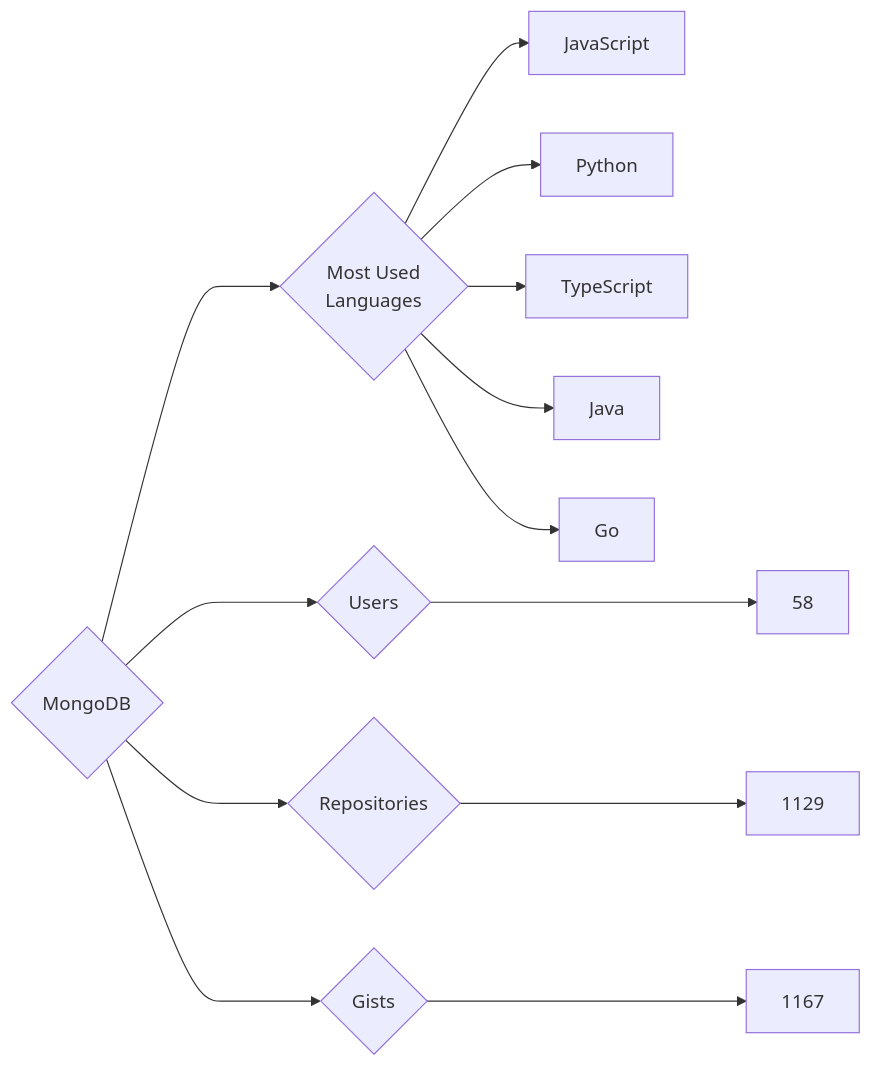
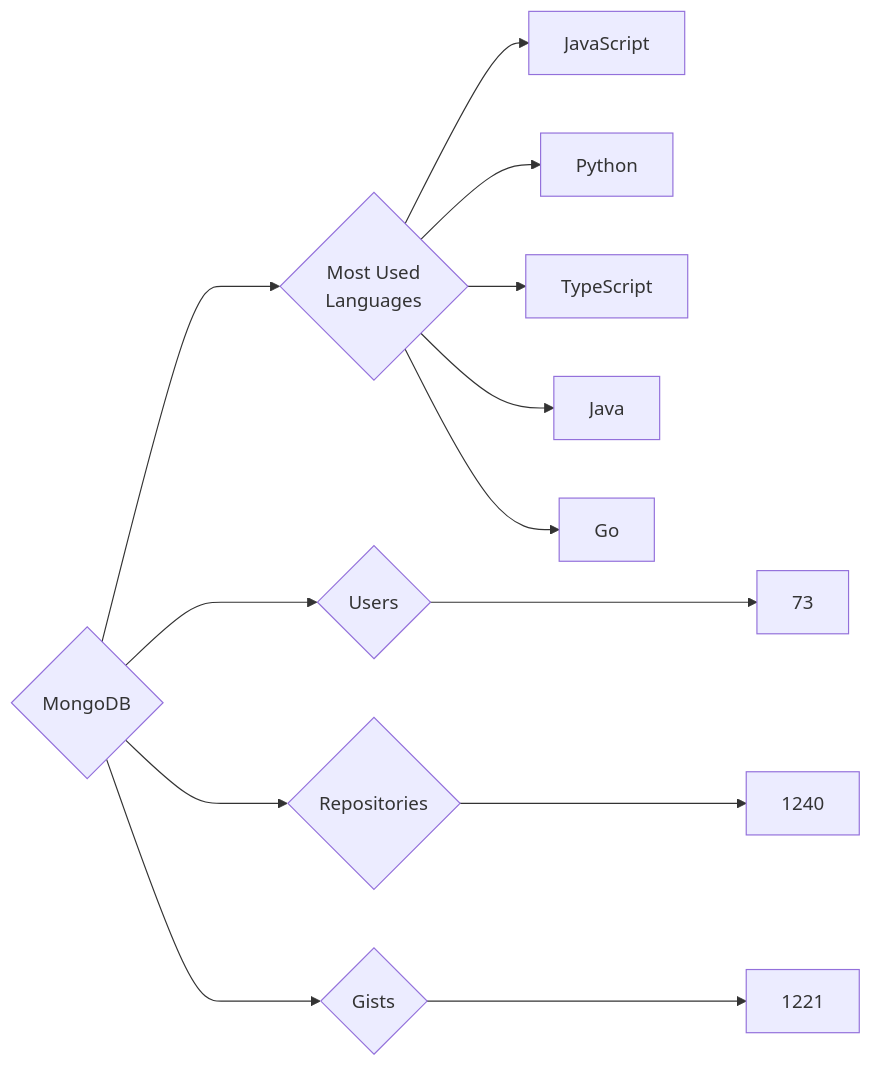
Before and after one commit to trickest/insiders: the diagram in targets/MongoDB/README.md, drawn with Mermaid. The commit also changed 948 other files, not shown here.

````diff
--- a/targets/MongoDB/README.md
+++ b/targets/MongoDB/README.md
@@ -3,13 +3,13 @@
 ```mermaid
 graph LR
 COMPANY_NAME{MongoDB}
-COMPANY_NAME ---> U{Users} ---> UN[58]
-COMPANY_NAME ---> R{Repositories} ---> RN[1129]
-COMPANY_NAME ---> G{Gists} ---> GN[1167]
+COMPANY_NAME ---> U{Users} ---> UN[73]
+COMPANY_NAME ---> R{Repositories} ---> RN[1240]
+COMPANY_NAME ---> G{Gists} ---> GN[1221]
 COMPANY_NAME ---> ML{Most Used<br>Languages}
 ML --> JavaScript[JavaScript]
 ML --> Python[Python]
 ML --> TypeScript[TypeScript]
 ML --> Java[Java]
 ML --> Go[Go]
 ```
````
